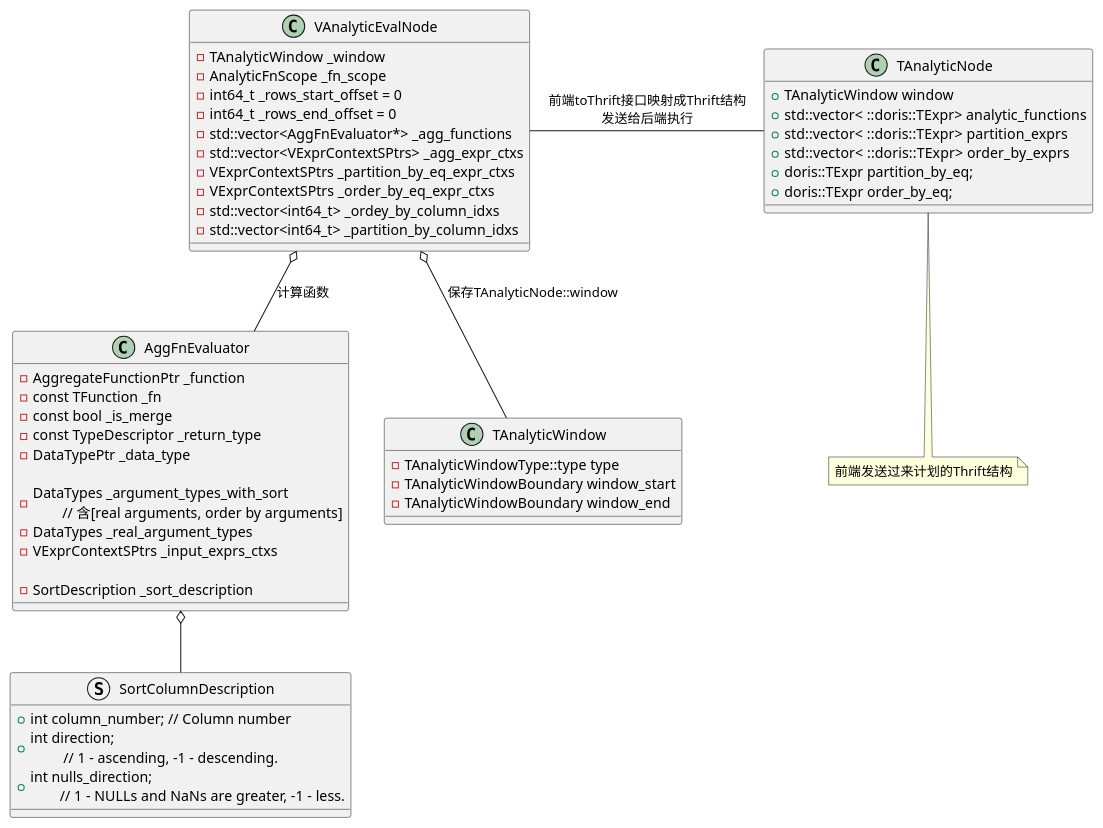
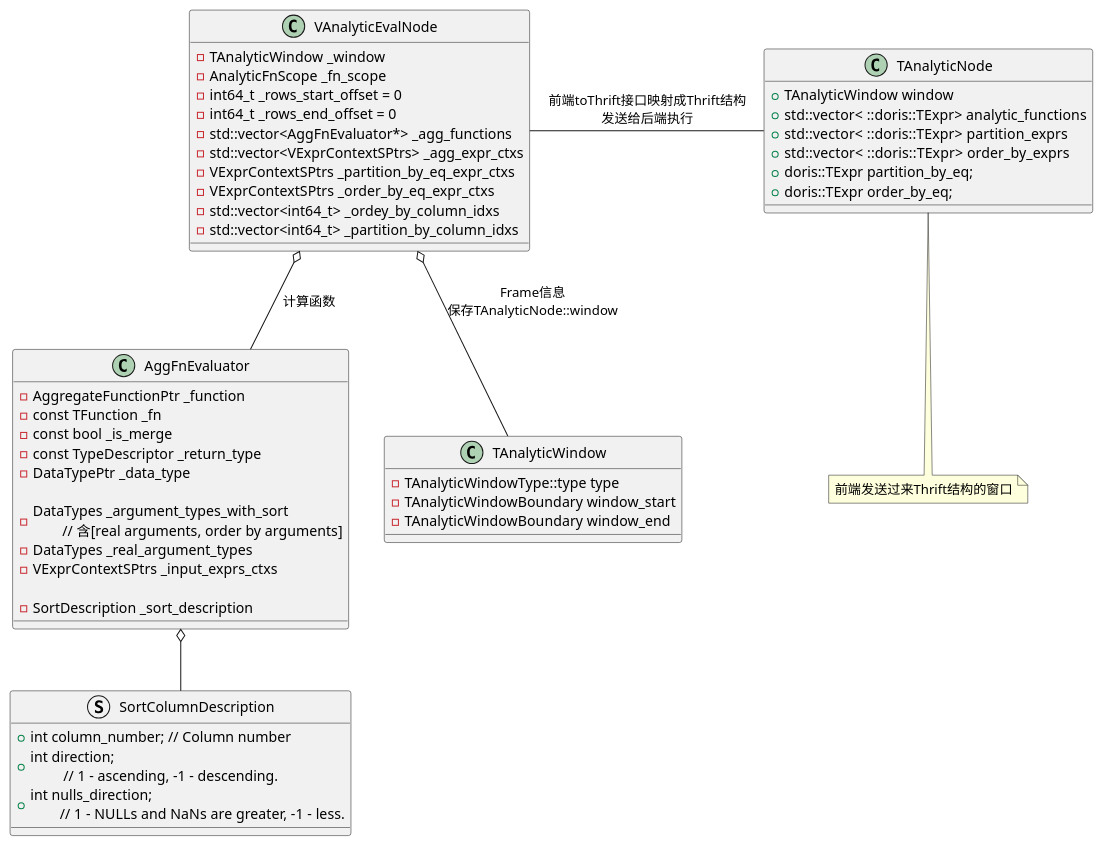
Before and after one commit to DepInjoy/geektime: the first of 8 diagrams in doc/DB/Doris/SourceRead/11_04_Exec_Operator.md, drawn with PlantUML. The commit also changed other lines of this file and 2 other files, not shown here.

Commit message:
Doris window

````diff
--- a/doc/DB/Doris/SourceRead/11_04_Exec_Operator.md
+++ b/doc/DB/Doris/SourceRead/11_04_Exec_Operator.md
@@ -23,58 +24,58 @@
 ```plantuml
 @startuml
 class VAnalyticEvalNode {
     - TAnalyticWindow _window
     - AnalyticFnScope _fn_scope
     - int64_t _rows_start_offset = 0
     - int64_t _rows_end_offset = 0
     - std::vector<AggFnEvaluator*> _agg_functions
     - std::vector<VExprContextSPtrs> _agg_expr_ctxs
     - VExprContextSPtrs _partition_by_eq_expr_ctxs
     - VExprContextSPtrs _order_by_eq_expr_ctxs
     - std::vector<int64_t> _ordey_by_column_idxs
     - std::vector<int64_t> _partition_by_column_idxs
 }
 
 class TAnalyticNode {
     + TAnalyticWindow window
     + std::vector< ::doris::TExpr>  analytic_functions
     + std::vector< ::doris::TExpr>  partition_exprs
     + std::vector< ::doris::TExpr>  order_by_exprs
     + doris::TExpr partition_by_eq;
     + doris::TExpr order_by_eq;
 }
-note bottom: 前端发送过来计划的Thrift结构
+note bottom: 前端发送过来Thrift结构的窗口
 
 class TAnalyticWindow {
     - TAnalyticWindowType::type type
     - TAnalyticWindowBoundary window_start
     - TAnalyticWindowBoundary window_end
 }
 
 class AggFnEvaluator {
     - AggregateFunctionPtr _function
     - const TFunction _fn
     - const bool _is_merge
     - const TypeDescriptor _return_type
     - DataTypePtr _data_type
 
     - DataTypes _argument_types_with_sort \n\t// 含[real arguments, order by arguments]
     - DataTypes _real_argument_types
     - VExprContextSPtrs _input_exprs_ctxs
 
     - SortDescription _sort_description
 }
 
 struct SortColumnDescription {
     + int column_number; // Column number
     + int direction; \n\t // 1 - ascending, -1 - descending.
     + int nulls_direction; \n\t// 1 - NULLs and NaNs are greater, -1 - less.
 }
 
-TAnalyticWindow -up-o VAnalyticEvalNode : 保存TAnalyticNode::window
+TAnalyticWindow -up-o VAnalyticEvalNode : Frame信息\n保存TAnalyticNode::window
 AggFnEvaluator -up-o VAnalyticEvalNode : 计算函数
 
 SortColumnDescription -up-o AggFnEvaluator
 TAnalyticNode -left-- VAnalyticEvalNode : 前端toThrift接口映射成Thrift结构\n发送给后端执行
 @enduml
 ```
````
